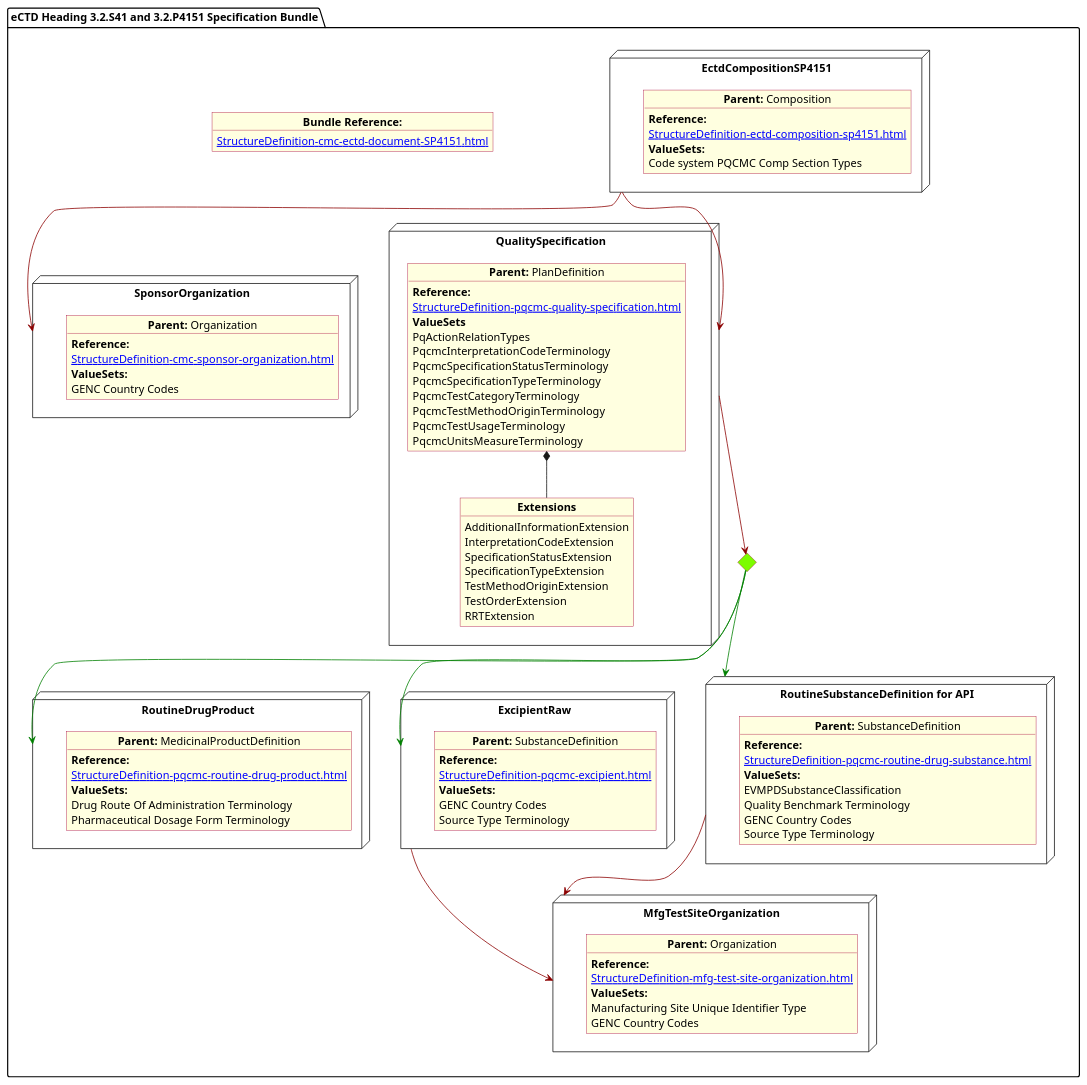
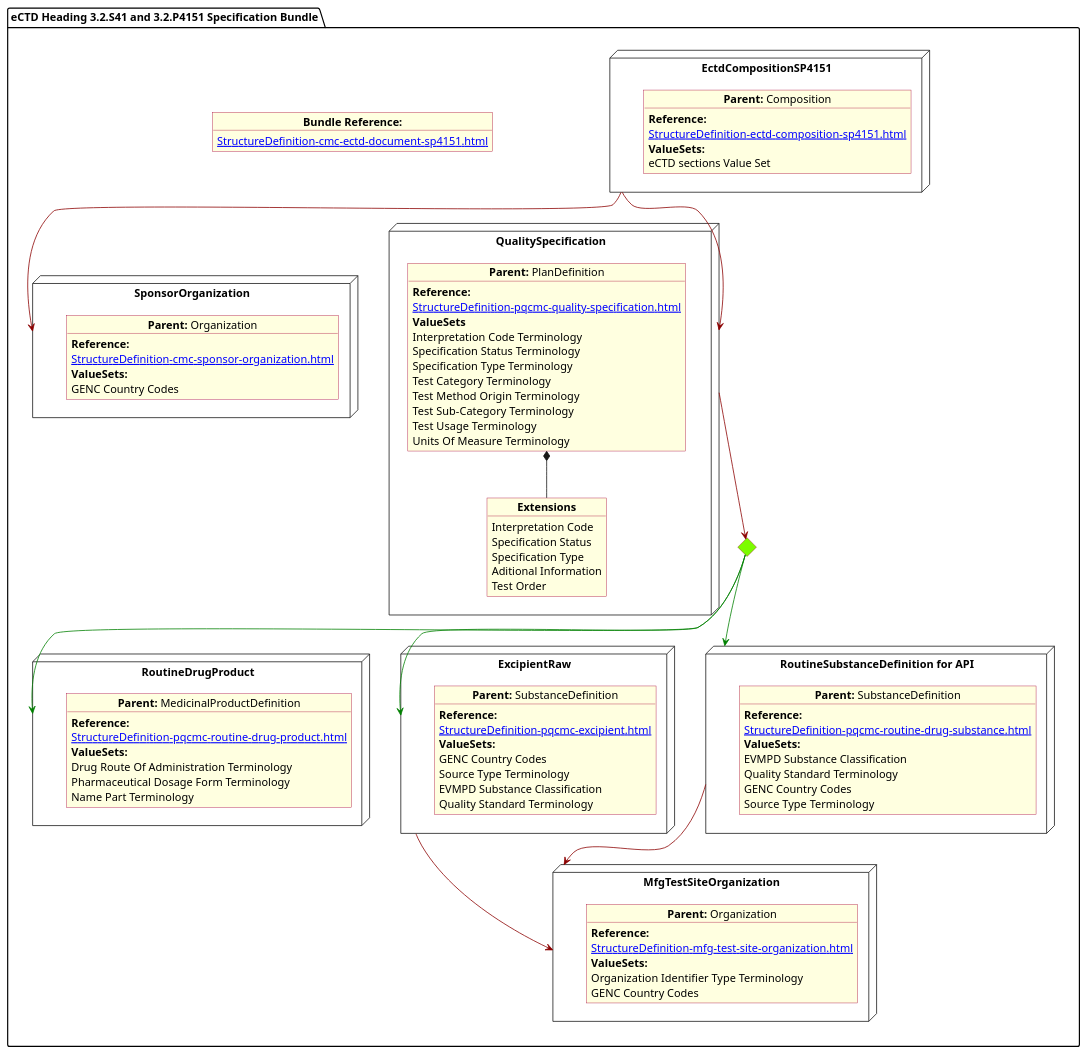
Before and after one commit to HL7/FHIR-us-pq-cmc-fda: the diagram in input/images-source/Specification.plantuml, drawn with PlantUML. The commit also changed 41 other files, not shown here.

Commit message:
PlantUML and specifcation

```diff
--- a/input/images-source/Specification.plantuml
+++ b/input/images-source/Specification.plantuml
@@ -1,110 +1,118 @@
 @startuml Specification
 allowmixing
 'Mixed model of use case and object
 skinparam svgDimensionStyle false
 skinparam ObjectBackgroundColor LightYellow
 skinparam ObjectBorderColor #A80036
 skinparam activityDiamondBorderColor #A80036
 skinparam activityDiamondBackgroundColor lawnGreen
 skinparam ClassBorderThickness 4
 
 package "eCTD Heading 3.2.S41 and 3.2.P4151 Specification Bundle" as NODES {
-object "**Bundle Reference:**" as objbun {
-              [[StructureDefinition-cmc-ectd-document-SP4151.html]]
-    }  
-  node "RoutineDrugProduct" as NN { 
-      object "**Parent:** MedicinalProductDefinition" as obj3 {
-         **Reference:**
+  object "**Bundle Reference:**" as objbun {
+    [[StructureDefinition-cmc-ectd-document-sp4151.html]]
+  }
+
+  node "RoutineDrugProduct" as NN {
+
+    object "**Parent:** MedicinalProductDefinition" as obj3 {
+      **Reference:**
       [[StructureDefinition-pqcmc-routine-drug-product.html]]
-        **ValueSets:**
-        Drug Route Of Administration Terminology
-        Pharmaceutical Dosage Form Terminology
-          
-      }
-}
-node "ExcipientRaw" as N21 { 
-      object "**Parent:** SubstanceDefinition" as obj22 {
-         **Reference:**
+      **ValueSets:**
+      Drug Route Of Administration Terminology
+      Pharmaceutical Dosage Form Terminology
+      Name Part Terminology
+    }
+  }
+  node "ExcipientRaw" as N21 {
+
+    object "**Parent:** SubstanceDefinition" as obj22 {
+      **Reference:**
       [[StructureDefinition-pqcmc-excipient.html]]
-        **ValueSets:**
-          GENC Country Codes
-          Source Type Terminology
+      **ValueSets:**
+      GENC Country Codes
+      Source Type Terminology
+      EVMPD Substance Classification
+      Quality Standard Terminology
     }
-}
-node "MfgTestSiteOrganization" as N21mfg { 
+  }
+  node "MfgTestSiteOrganization" as N21mfg {
+
     object "**Parent:** Organization" as objTS  {
-       **Reference:**
+      **Reference:**
       [[StructureDefinition-mfg-test-site-organization.html]]
-        **ValueSets:**
-         Manufacturing Site Unique Identifier Type
-         GENC Country Codes
+      **ValueSets:**
+      Organization Identifier Type Terminology
+      GENC Country Codes
     }
-}
+  }
 
-node "EctdCompositionSP4151" as N1 { 
-      object "**Parent:** Composition" as obj1 {
-         **Reference:**
+  node "EctdCompositionSP4151" as N1 {
+
+    object "**Parent:** Composition" as obj1 {
+      **Reference:**
       [[StructureDefinition-ectd-composition-sp4151.html]]
       **ValueSets:**
-  Code system PQCMC Comp Section Types
+      eCTD sections Value Set
     }
-}
-node "SponsorOrganization" as NMSpon { 
-      object "**Parent:** Organization" as objDP {
-        **Reference:**
+  }
+  node "SponsorOrganization" as NMSpon {
+
+    object "**Parent:** Organization" as objDP {
+      **Reference:**
       [[StructureDefinition-cmc-sponsor-organization.html]]
-         **ValueSets:**
-        GENC Country Codes
+      **ValueSets:**
+      GENC Country Codes
     }
-}
+  }
 
- node "RoutineSubstanceDefinition for API" as NNS { 
-      object "**Parent:** SubstanceDefinition" as obj4 {
-         **Reference:**
+  node "RoutineSubstanceDefinition for API" as NNS {
+
+    object "**Parent:** SubstanceDefinition" as obj4 {
+      **Reference:**
       [[StructureDefinition-pqcmc-routine-drug-substance.html]]
-                **ValueSets:**
-                EVMPDSubstanceClassification
-                Quality Benchmark Terminology
-                GENC Country Codes
-                Source Type Terminology
-      }
-}
+      **ValueSets:**
+      EVMPD Substance Classification
+      Quality Standard Terminology
+      GENC Country Codes
+      Source Type Terminology
+    }
+  }
 
-diamond CH
+  diamond CH
 
-  node "QualitySpecification" as N2 { 
-      object "**Parent:** PlanDefinition" as obj2 {
-         **Reference:**
+  node "QualitySpecification" as N2 {
+
+    object "**Parent:** PlanDefinition" as obj2 {
+      **Reference:**
       [[StructureDefinition-pqcmc-quality-specification.html]]
-        **ValueSets**
-        PqActionRelationTypes
-        PqcmcInterpretationCodeTerminology
-        PqcmcSpecificationStatusTerminology
-        PqcmcSpecificationTypeTerminology
-        PqcmcTestCategoryTerminology
-        PqcmcTestMethodOriginTerminology
-        PqcmcTestUsageTerminology
-        PqcmcUnitsMeasureTerminology
+      **ValueSets**
+      Interpretation Code Terminology
+      Specification Status Terminology
+      Specification Type Terminology
+      Test Category Terminology
+      Test Method Origin Terminology
+      Test Sub-Category Terminology
+      Test Usage Terminology
+      Units Of Measure Terminology
     }
-        object "**Extensions**" as objQSEx {
-        AdditionalInformationExtension
-        InterpretationCodeExtension
-        SpecificationStatusExtension
-        SpecificationTypeExtension
-        TestMethodOriginExtension
-        TestOrderExtension
-        RRTExtension
+    object "**Extensions**" as objQSEx {
+      Interpretation Code
+      Specification Status
+      Specification Type
+      Aditional Information
+      Test Order
     }
     obj2 *-- objQSEx
-}
+  }
 
-N1 -[#darkred]-> NMSpon
-N1 -[#darkred]-> N2
-N2 -[#darkred]-> CH
-CH -[#green]-> N21
-CH -[#green]-> NNS
-CH -[#green]-> NN
-NNS -[#darkred]-> N21mfg
-N21 -[#darkred]-> N21mfg
+  N1 -[#darkred]-> NMSpon
+  N1 -[#darkred]-> N2
+  N2 -[#darkred]-> CH
+  CH -[#green]-> N21
+  CH -[#green]-> NNS
+  CH -[#green]-> NN
+  NNS -[#darkred]-> N21mfg
+  N21 -[#darkred]-> N21mfg
 }
 @enduml
```
